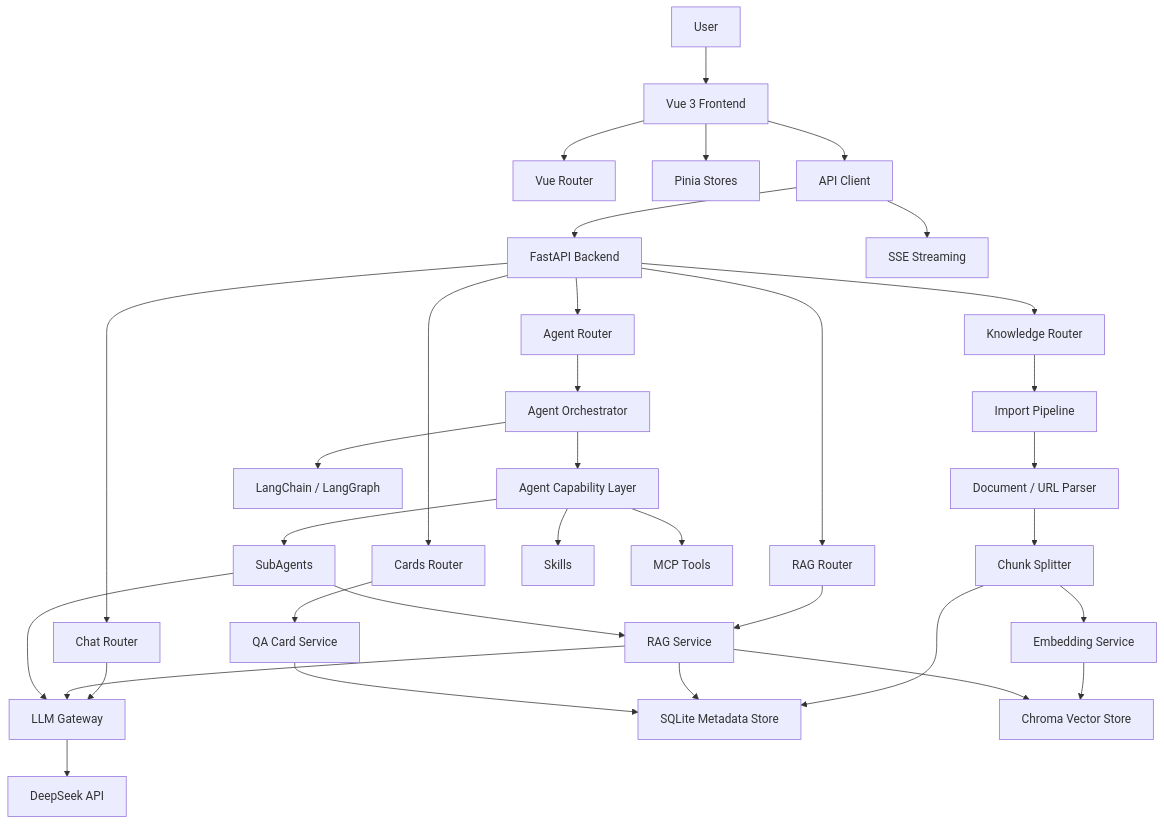
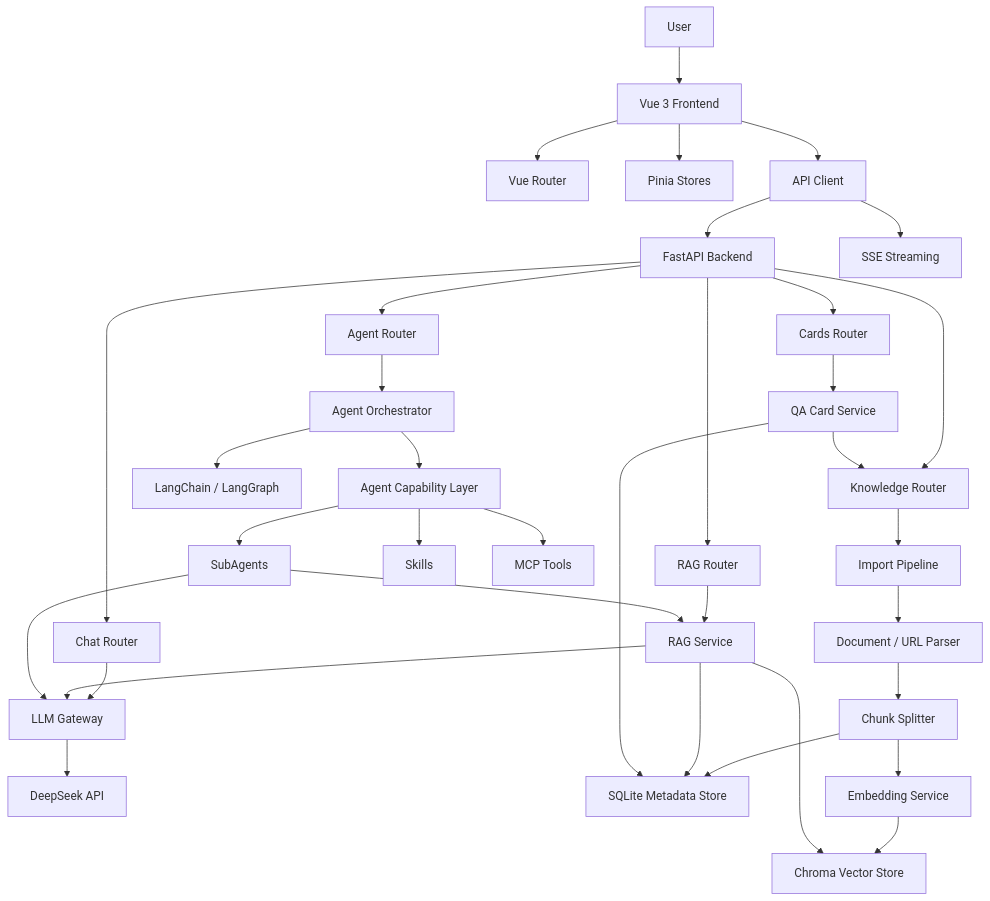
One commit to lplnb-del/ai-learning-assistant changed the first of 6 diagrams in docs/DESIGN-系统架构.md. Above: the diagram before and after it, drawn with Mermaid. The commit also changed other lines of this file and 2 other files, not shown here.

Commit message:
docs: update architecture and plan for knowledge-QA library integration

````diff
--- a/docs/DESIGN-系统架构.md
+++ b/docs/DESIGN-系统架构.md
@@ -21,43 +21,44 @@
 ```mermaid
 flowchart TD
     U["User"] --> FE["Vue 3 Frontend"]
     FE --> ROUTER["Vue Router"]
     FE --> STORE["Pinia Stores"]
     FE --> API["API Client"]
 
     API --> FASTAPI["FastAPI Backend"]
     API --> SSE["SSE Streaming"]
 
     FASTAPI --> CHAT["Chat Router"]
     FASTAPI --> KNOW["Knowledge Router"]
     FASTAPI --> RAGAPI["RAG Router"]
     FASTAPI --> CARDAPI["Cards Router"]
     FASTAPI --> AGENTAPI["Agent Router"]
 
     CHAT --> LLM["LLM Gateway"]
     LLM --> DS["DeepSeek API"]
 
     KNOW --> IMPORT["Import Pipeline"]
     IMPORT --> PARSER["Document / URL Parser"]
     PARSER --> SPLITTER["Chunk Splitter"]
     SPLITTER --> DB["SQLite Metadata Store"]
     SPLITTER --> EMBED["Embedding Service"]
     EMBED --> VECTOR["Chroma Vector Store"]
 
     RAGAPI --> RAG["RAG Service"]
     RAG --> VECTOR
     RAG --> DB
     RAG --> LLM
 
     CARDAPI --> CARDS["QA Card Service"]
     CARDS --> DB
+    CARDS --> KNOW
 
     AGENTAPI --> ORCH["Agent Orchestrator"]
     ORCH --> LC["LangChain / LangGraph"]
     ORCH --> CAP["Agent Capability Layer"]
     CAP --> SKILLS["Skills"]
     CAP --> MCP["MCP Tools"]
     CAP --> SUB["SubAgents"]
     SUB --> RAG
     SUB --> LLM
 ```
````
